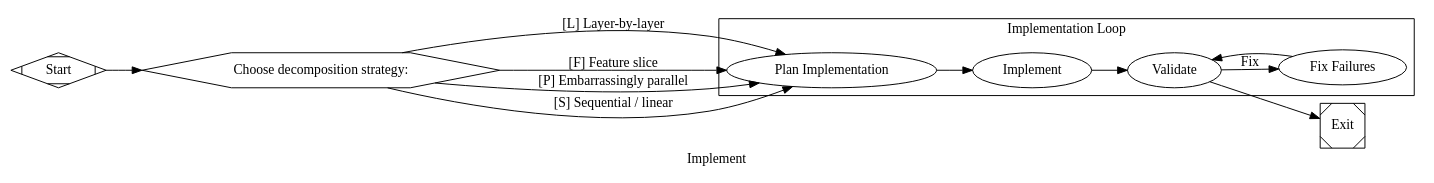
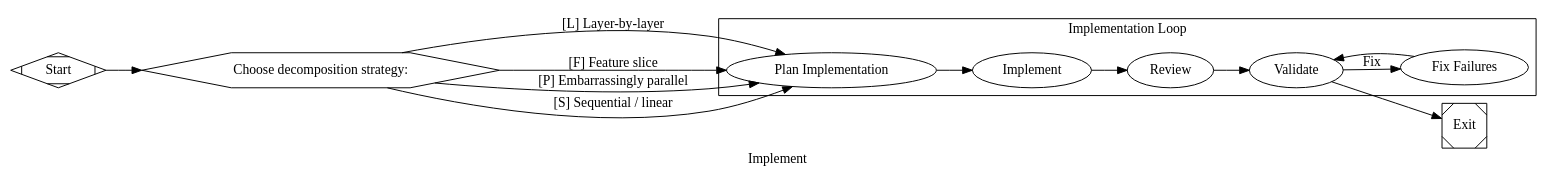
Before and after one commit to otimme/attractor-engine: the diagram in pipelines/factory/implement.dot, drawn with Graphviz. The commit also changed 9 other files, not shown here.

```diff
--- a/pipelines/factory/implement.dot
+++ b/pipelines/factory/implement.dot
@@ -1,32 +1,33 @@
 digraph implement {
     graph [
         goal="",
         label="Implement"
     ]
     rankdir=LR
 
     start [shape=Mdiamond, label="Start"]
     exit  [shape=Msquare, label="Exit"]
 
     strategy [shape=hexagon, label="Choose decomposition strategy:"]
 
     subgraph cluster_impl {
         label="Implementation Loop"
         node [fidelity="full", thread_id="impl"]
 
-        plan      [label="Plan Implementation", prompt="@prompts/implement/plan.md"]
+        plan      [label="Plan Implementation", prompt="@prompts/implement/plan.md", reasoning_effort="high"]
         implement [label="Implement",            prompt="@prompts/implement/implement.md"]
+        review    [label="Review",               prompt="@prompts/implement/review.md"]
         validate  [label="Validate",             prompt="@prompts/implement/validate.md", goal_gate=true]
-        fix       [label="Fix Failures",         prompt="@prompts/implement/fix.md"]
+        fix       [label="Fix Failures",         prompt="@prompts/implement/fix.md", max_visits=3]
     }
 
     start -> strategy
     strategy -> plan [label="[L] Layer-by-layer"]
     strategy -> plan [label="[F] Feature slice"]
     strategy -> plan [label="[P] Embarrassingly parallel"]
     strategy -> plan [label="[S] Sequential / linear"]
-    plan -> implement -> validate
+    plan -> implement -> review -> validate
     validate -> exit [condition="outcome=success"]
     validate -> fix  [condition="outcome!=success", label="Fix"]
     fix -> validate
 }
```
